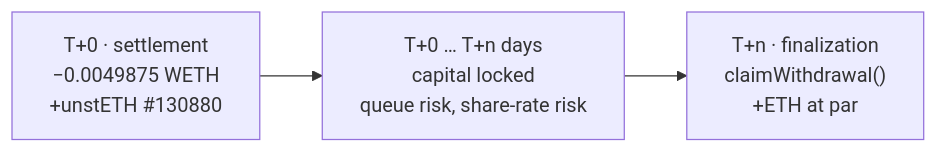
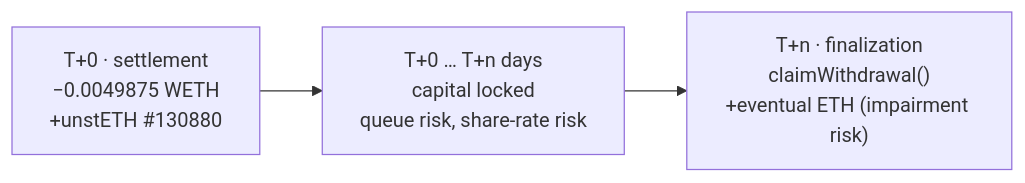
Before and after one commit to zkoranges/intentional: the ninth of 12 diagrams in docs/FUNDS_FLOW.md, drawn with Mermaid. The commit also changed other lines of this file and 3 other files, not shown here.

First line of the commit message:
docs: retired-status truth pass over submission, activation, demo, and funds-flow docs

````diff
--- a/docs/FUNDS_FLOW.md
+++ b/docs/FUNDS_FLOW.md
@@ -376,7 +381,7 @@
 ```mermaid
 flowchart LR
     T0["T+0 · settlement<br/>−0.0049875 WETH<br/>+unstETH #130880"]
     T1["T+0 … T+n days<br/>capital locked<br/>queue risk, share-rate risk"]
-    T2["T+n · finalization<br/>claimWithdrawal()<br/>+ETH at par"]
+    T2["T+n · finalization<br/>claimWithdrawal()<br/>+eventual ETH (impairment risk)"]
     T0 --> T1 --> T2
 ```
````
